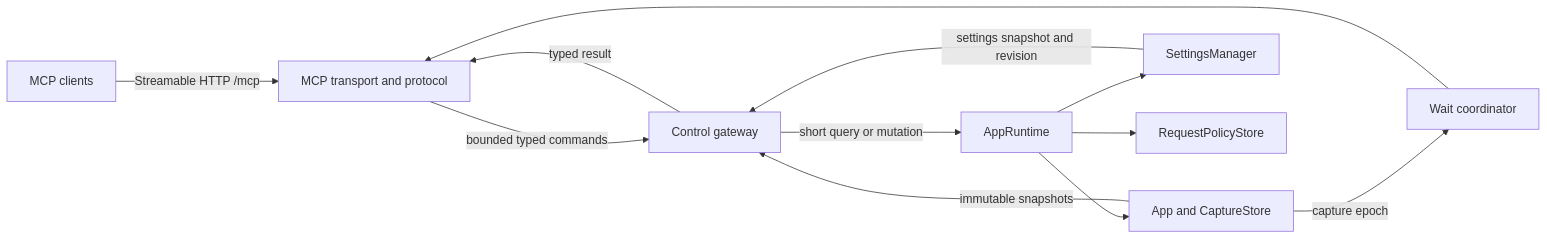
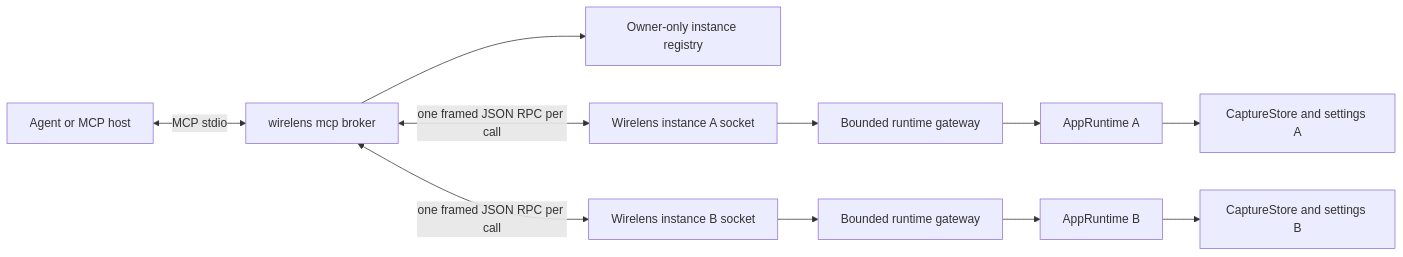
One commit to LorNtz/fluxcope changed the diagram in docs/superpowers/specs/2026-08-24-embedded-mcp-server-design.md. Above: the diagram before and after it, drawn with Mermaid. The commit also changed other lines of this file, not shown here.

Commit message:
docs: support multi-instance MCP control

````diff
--- a/docs/superpowers/specs/2026-08-24-embedded-mcp-server-design.md
+++ b/docs/superpowers/specs/2026-08-24-embedded-mcp-server-design.md
@@ -73,14 +131,13 @@
 ```mermaid
 flowchart LR
-    C[MCP clients] -->|Streamable HTTP /mcp| S[MCP transport and protocol]
-    S -->|bounded typed commands| G[Control gateway]
-    G -->|short query or mutation| R[AppRuntime]
-    R --> A[App and CaptureStore]
-    R --> M[SettingsManager]
-    R --> P[RequestPolicyStore]
-    A -->|immutable snapshots| G
-    M -->|settings snapshot and revision| G
-    G -->|typed result| S
-    A -->|capture epoch| W[Wait coordinator]
-    W --> S
+    A[Agent or MCP host] <-->|MCP stdio| B[wirelens mcp broker]
+    B --> D[Owner-only instance registry]
+    B <-->|one framed JSON RPC per call| I1[Wirelens instance A socket]
+    B <-->|one framed JSON RPC per call| I2[Wirelens instance B socket]
+    I1 --> G1[Bounded runtime gateway]
+    I2 --> G2[Bounded runtime gateway]
+    G1 --> R1[AppRuntime A]
+    G2 --> R2[AppRuntime B]
+    R1 --> C1[CaptureStore and settings A]
+    R2 --> C2[CaptureStore and settings B]
 ```
````
